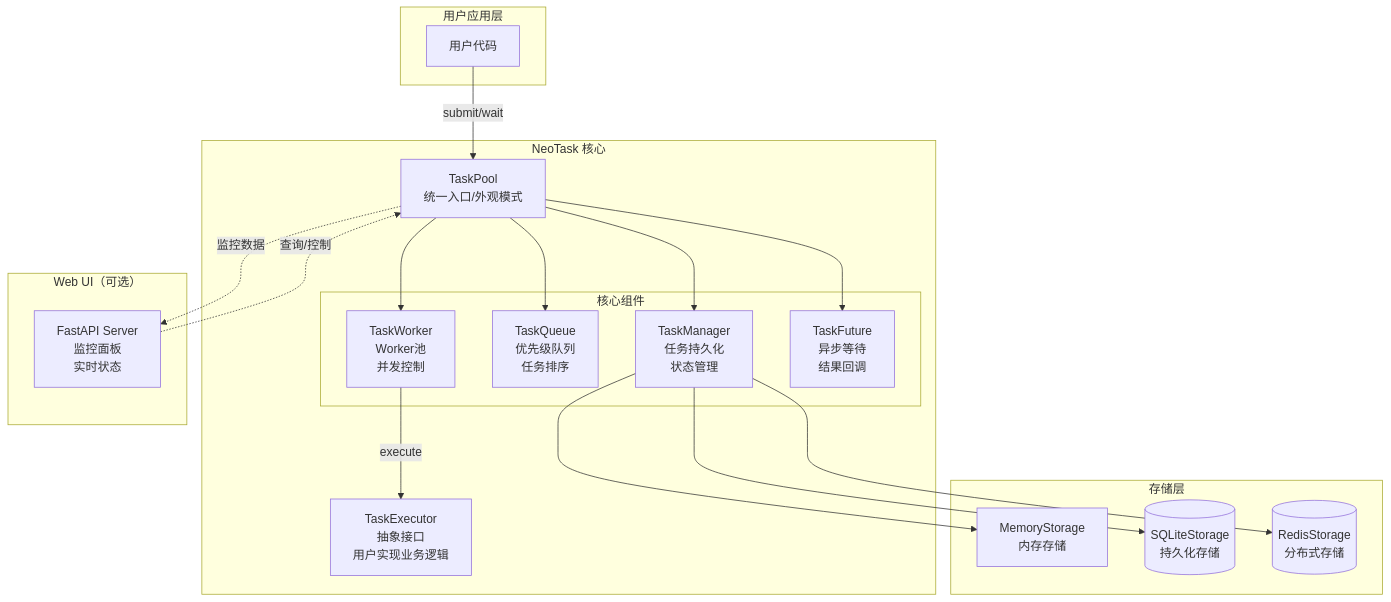
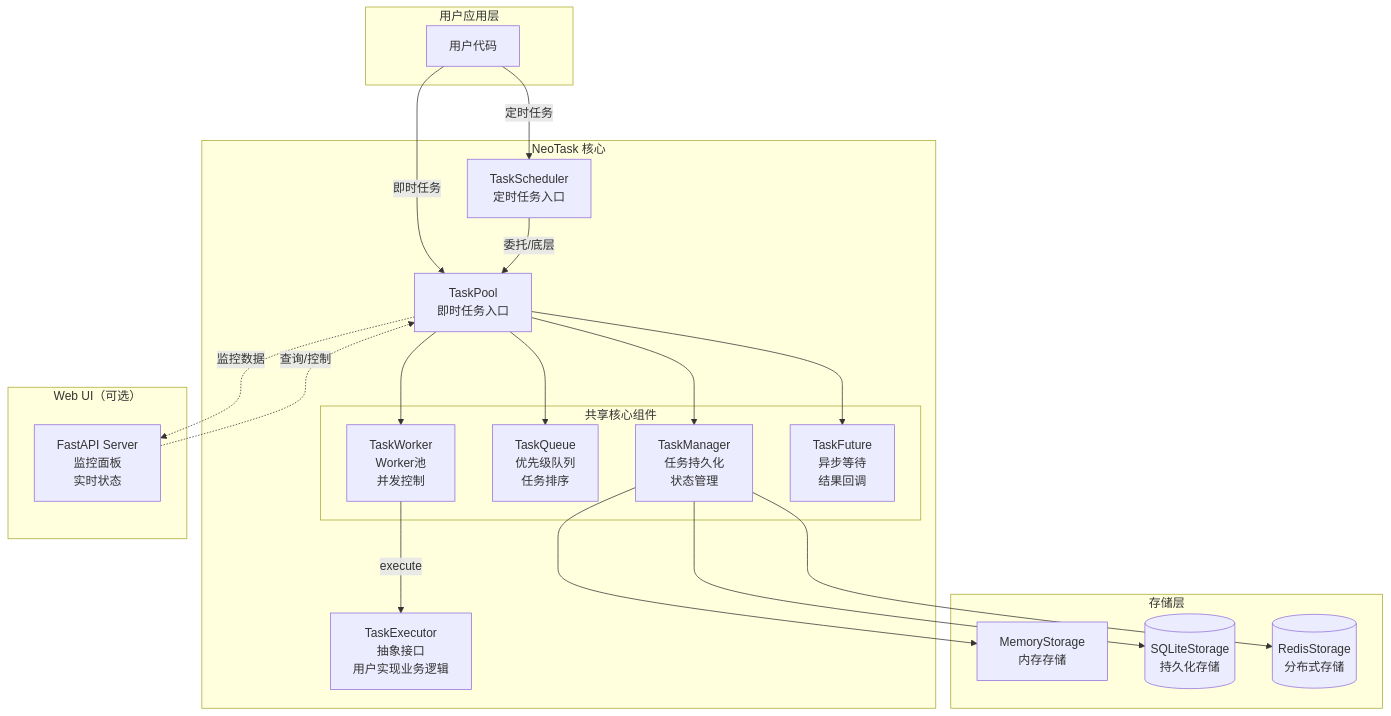
Before and after one commit to neopen/neotask: the first of 5 diagrams in README.md, drawn with Mermaid. The commit also changed other lines of this file and 16 other files, not shown here.

````diff
--- a/README.md
+++ b/README.md
@@ -25,41 +28,44 @@
 ```mermaid
 graph TB
     subgraph User["用户应用层"]
         APP[用户代码]
     end
     
     subgraph NeoTask["NeoTask 核心"]
-        TP[TaskPool<br/>统一入口/外观模式]
+        TP[TaskPool<br/>即时任务入口]
+        TS[TaskScheduler<br/>定时任务入口]
         
-        subgraph Core["核心组件"]
+        subgraph Core["共享核心组件"]
             TM[TaskManager<br/>任务持久化<br/>状态管理]
             TQ[TaskQueue<br/>优先级队列<br/>任务排序]
             TW[TaskWorker<br/>Worker池<br/>并发控制]
             TF[TaskFuture<br/>异步等待<br/>结果回调]
         end
         
         EX[TaskExecutor<br/>抽象接口<br/>用户实现业务逻辑]
     end
     
     subgraph Storage["存储层"]
         MEM[MemoryStorage<br/>内存存储]
         SQLITE[(SQLiteStorage<br/>持久化存储)]
         REDIS[(RedisStorage<br/>分布式存储)]
     end
     
     subgraph UI["Web UI（可选）"]
         WEB[FastAPI Server<br/>监控面板<br/>实时状态]
     end
     
-    APP -->|submit/wait| TP
+    APP -->|即时任务| TP
+    APP -->|定时任务| TS
+    TS -->|委托/底层| TP
     TP --> TM
     TP --> TQ
     TP --> TW
     TP --> TF
     TW -->|execute| EX
     TM --> MEM
     TM --> SQLITE
     TM --> REDIS
     TP -.->|监控数据| WEB
     WEB -.->|查询/控制| TP
 ```
````
